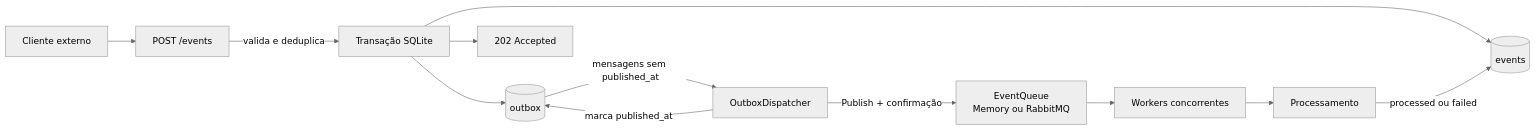
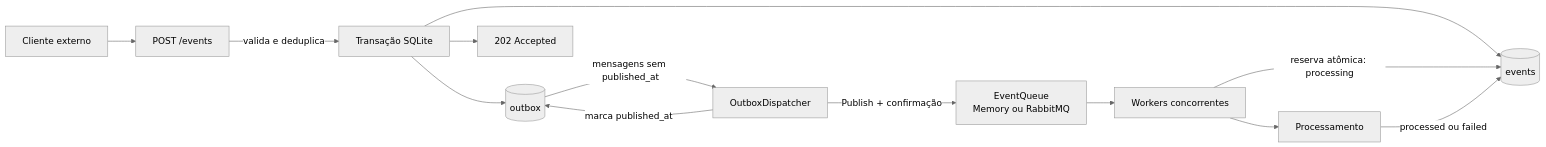
One commit to rafamguedes/go-webhook-processor changed the first of 3 diagrams in docs/architecture.md. Above: the diagram before and after it, drawn with Mermaid (neutral theme). The commit also changed other lines of this file and 11 other files, not shown here.

````diff
--- a/docs/architecture.md
+++ b/docs/architecture.md
@@ -7,25 +7,26 @@
 ```mermaid
 flowchart LR
     client[Cliente externo]
     handler[POST /events]
     transaction[Transação SQLite]
     events[(events)]
     outbox[(outbox)]
     accepted[202 Accepted]
     dispatcher[OutboxDispatcher]
     queue[EventQueue<br/>Memory ou RabbitMQ]
     workers[Workers concorrentes]
     processor[Processamento]
 
     client --> handler
     handler -->|valida e deduplica| transaction
     transaction --> events
     transaction --> outbox
     transaction --> accepted
     outbox -->|mensagens sem published_at| dispatcher
     dispatcher -->|Publish + confirmação| queue
     dispatcher -->|marca published_at| outbox
     queue --> workers
+    workers -->|reserva atômica: processing| events
     workers --> processor
     processor -->|processed ou failed| events
 ```
````
